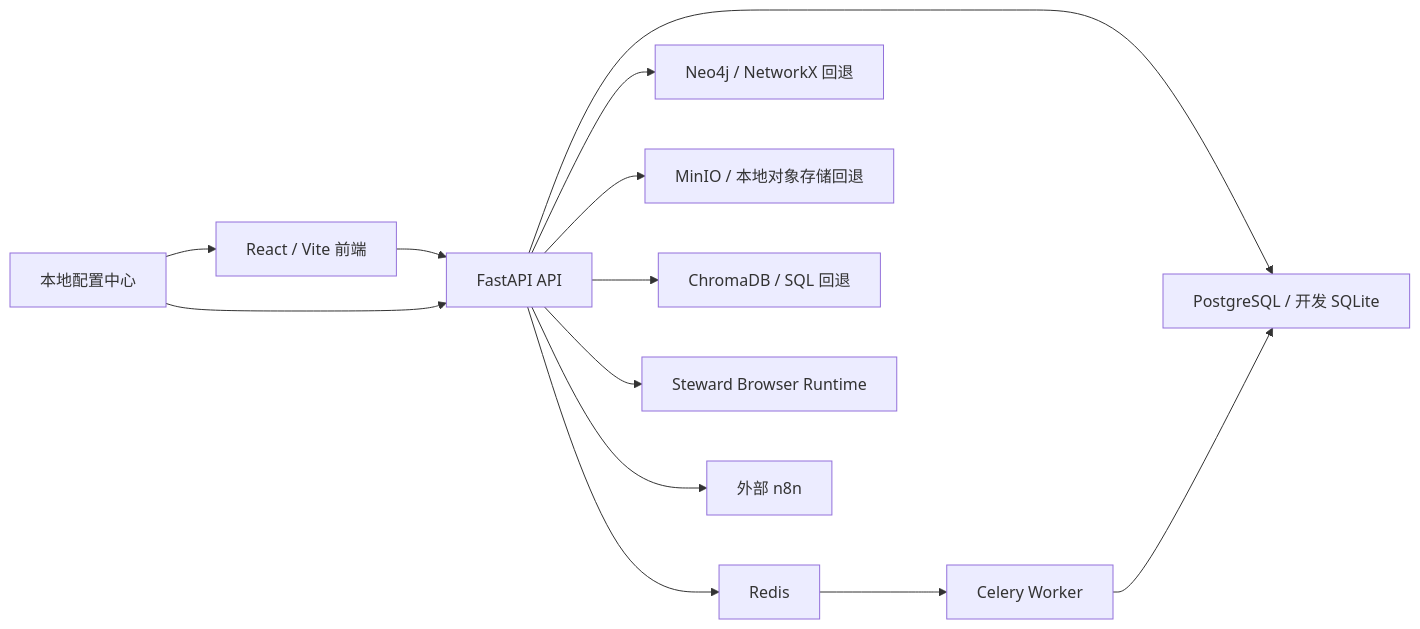
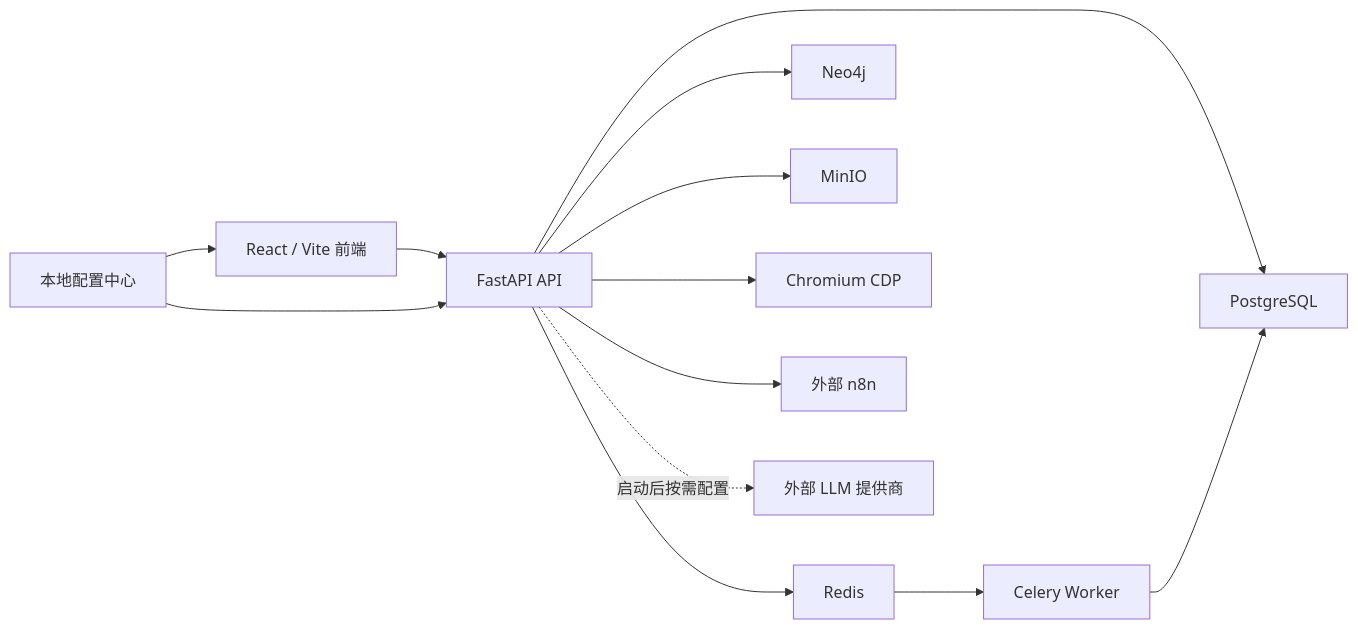
The diagram in docs/architecture/overview.md (Carlehyy/OntologyBuild), drawn with Mermaid before and after one commit. The commit also changed other lines of this file and 187 other files, not shown here.

````diff
--- a/docs/architecture/overview.md
+++ b/docs/architecture/overview.md
@@ -5,15 +5,15 @@
 ```mermaid
 flowchart LR
   Browser["React / Vite 前端"] --> API["FastAPI API"]
-  API --> DB["PostgreSQL / 开发 SQLite"]
+  API --> DB["PostgreSQL"]
   API --> Redis["Redis"]
   Redis --> Worker["Celery Worker"]
   Worker --> DB
-  API --> Graph["Neo4j / NetworkX 回退"]
-  API --> Objects["MinIO / 本地对象存储回退"]
-  API --> Vector["ChromaDB / SQL 回退"]
-  API --> BrowserRuntime["Steward Browser Runtime"]
+  API --> Graph["Neo4j"]
+  API --> Objects["MinIO"]
+  API --> BrowserRuntime["Chromium CDP"]
   API --> N8N["外部 n8n"]
+  API -. "启动后按需配置" .-> LLM["外部 LLM 提供商"]
   ConfigCenter["本地配置中心"] --> API
   ConfigCenter --> Browser
 ```
````
